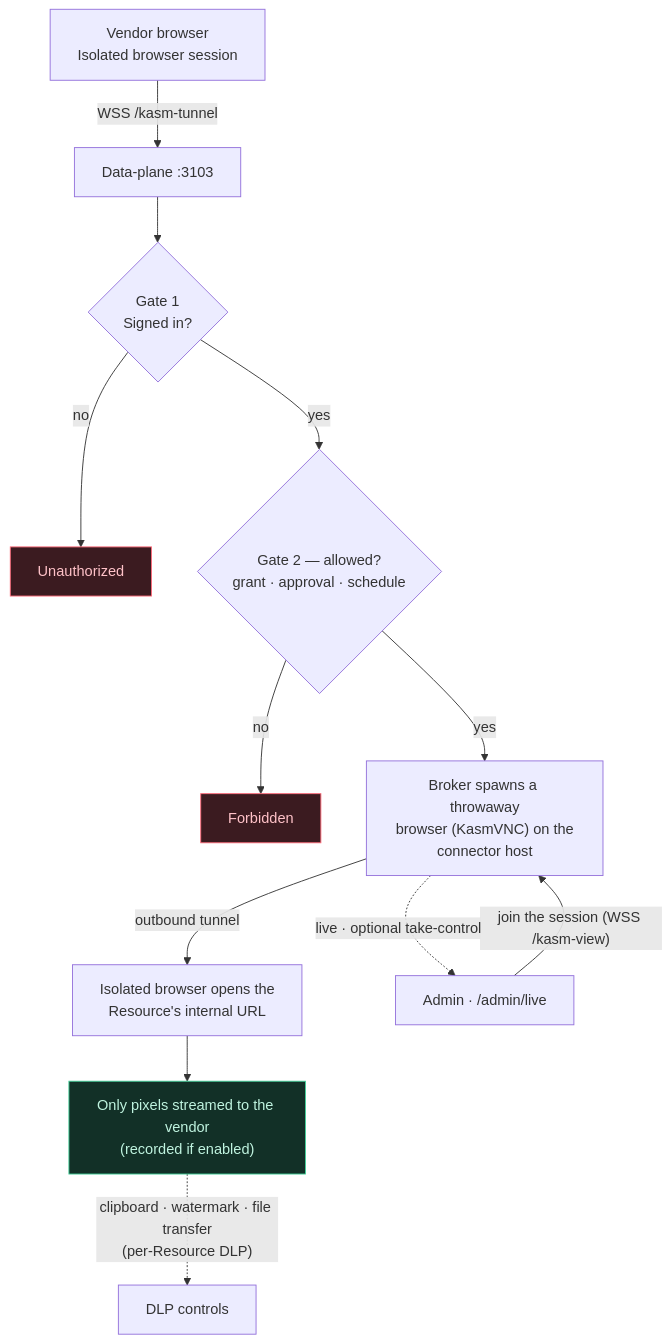
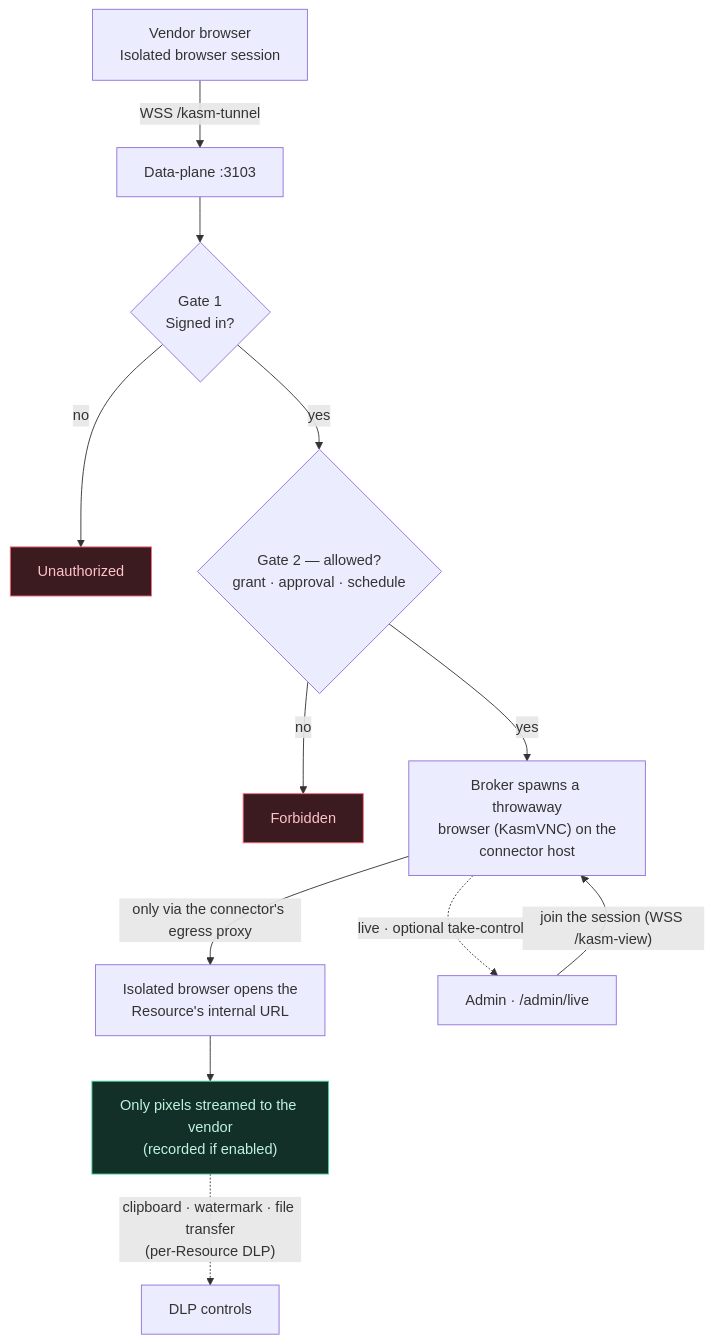
The third of 3 diagrams in docs/how-it-works.md (captivo-io/captivo-access), drawn with Mermaid before and after one commit. The commit also changed other lines of this file and 27 other files, not shown here.

````diff
--- a/docs/how-it-works.md
+++ b/docs/how-it-works.md
@@ -217,19 +218,19 @@
 ```mermaid
 flowchart TD
     A["Vendor browser<br/>Isolated browser session"] -->|"WSS /kasm-tunnel"| C["Data-plane :3103"]
     C --> G1{"Gate 1<br/>Signed in?"}
     G1 -->|no| L["Unauthorized"]
     G1 -->|yes| G2{"Gate 2 — allowed?<br/>grant · approval · schedule"}
     G2 -->|no| E403["Forbidden"]
     G2 -->|yes| BR["Broker spawns a throwaway<br/>browser (KasmVNC) on the<br/>connector host"]
-    BR -->|outbound tunnel| APP["Isolated browser opens the<br/>Resource's internal URL"]
+    BR -->|"only via the connector's egress proxy"| APP["Isolated browser opens the<br/>Resource's internal URL"]
     APP --> PX["Only pixels streamed to the vendor<br/>(recorded if enabled)"]
     PX -.->|"clipboard · watermark · file transfer<br/>(per-Resource DLP)"| DLP["DLP controls"]
     ADM["Admin · /admin/live"] -->|"join the session (WSS /kasm-view)"| BR
     BR -.->|"live · optional take-control"| ADM
 
     classDef deny fill:#3b1b20,stroke:#ff6b7a,color:#ffc2c8;
     classDef ok fill:#123027,stroke:#42d19a,color:#bff3df;
     class L,E403 deny;
     class PX ok;
 ```
````
